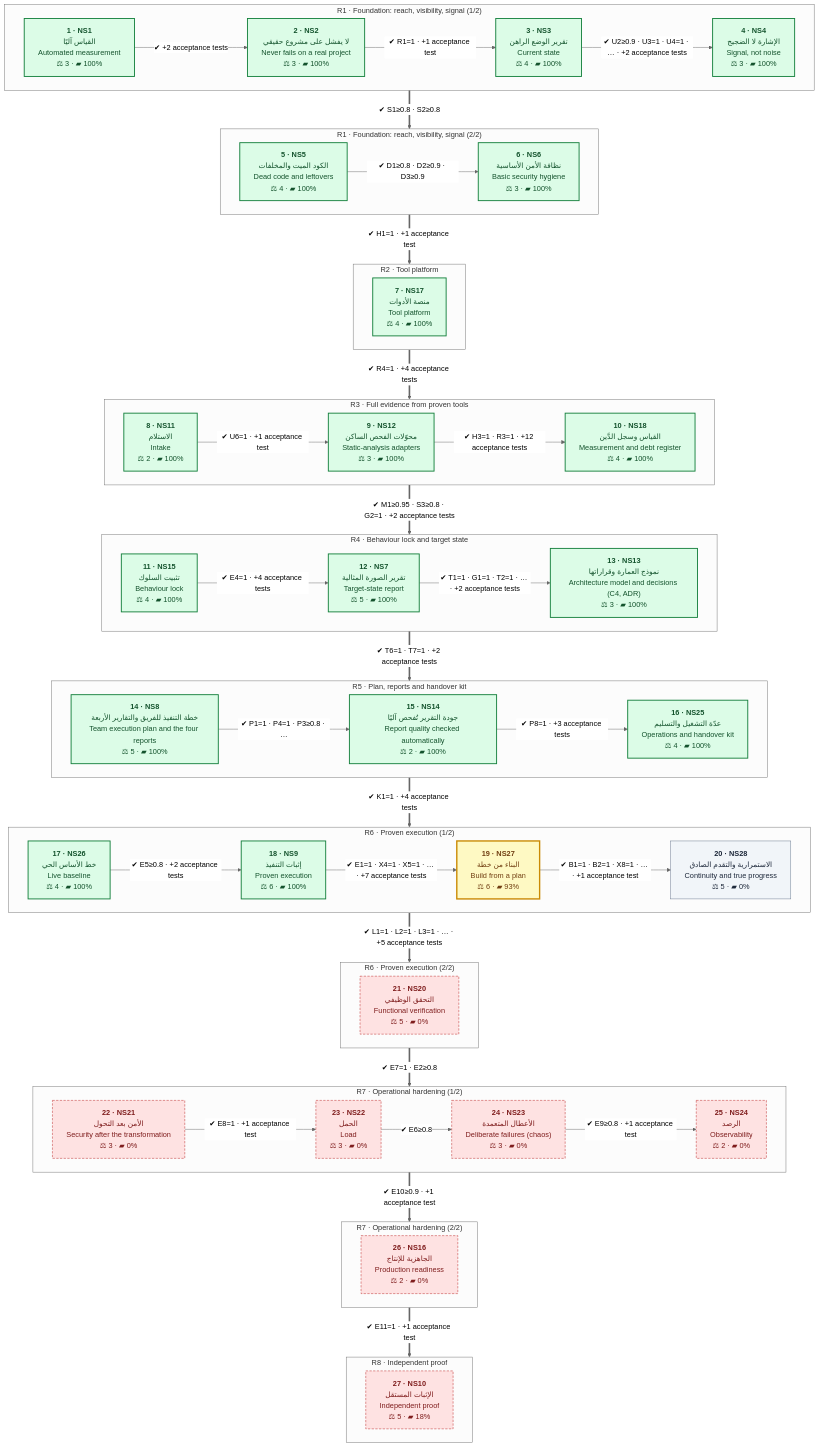
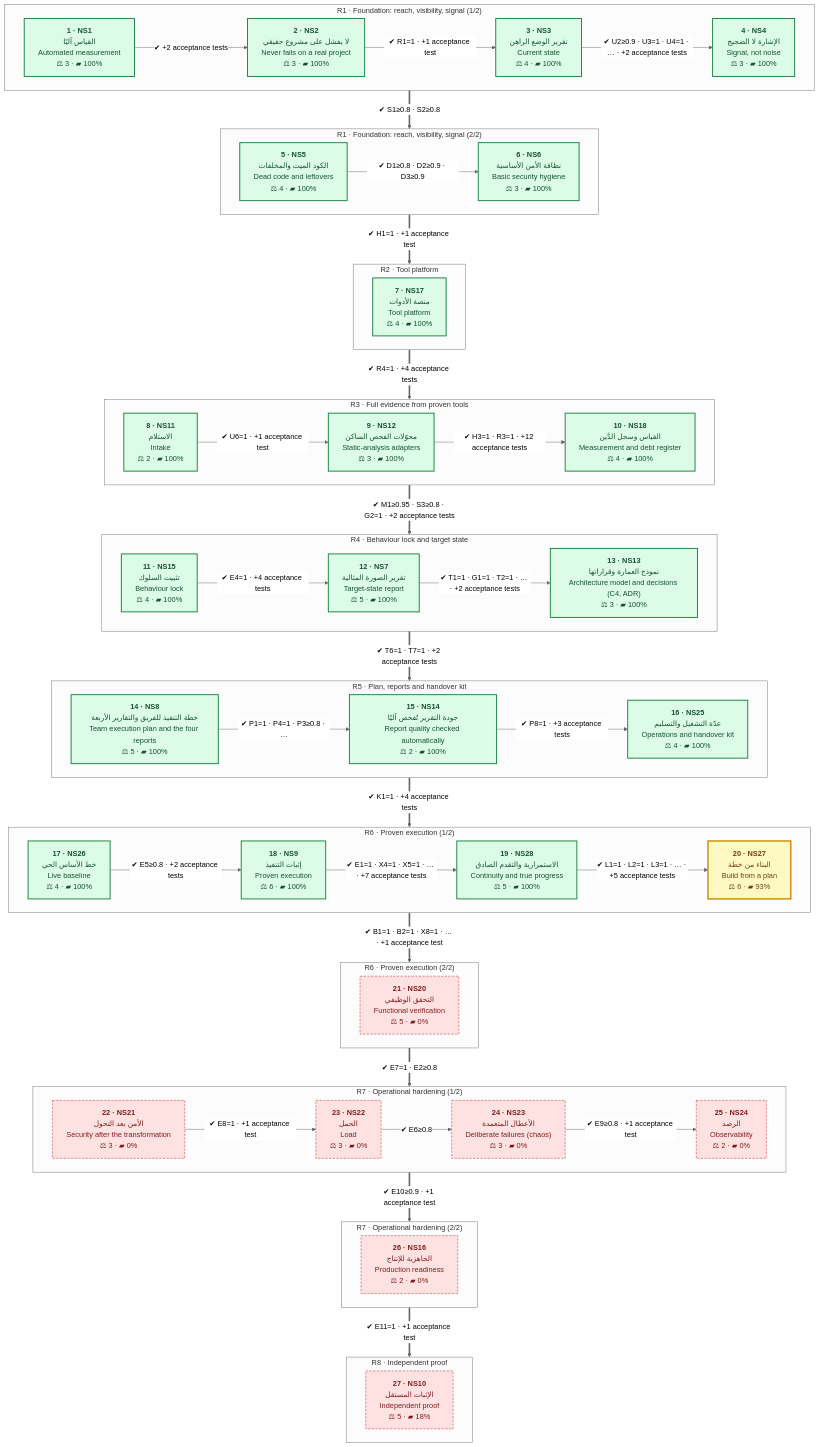
Before and after one commit to eom1417/engineering-audit-os: the second of 2 diagrams in README.en.md, drawn with Mermaid (neutral theme). The commit also changed other lines of this file and 3 other files, not shown here.

Commit message:
NS28 done (T1-T9): L1-L6 = 1.0 from the real trials (Codex cut mid-batch, Claude Code went on from 'continue' alone; chief-ops open on main with its work on a branch), X8 = X10 = 1.0; NS28 ordered before NS27, whose last task is the owner's trial. Progress 77.5/100

```diff
--- a/README.en.md
+++ b/README.en.md
@@ -297,11 +295,11 @@
         direction LR
         NS26["<b>17 · NS26</b><br/>خط الأساس الحي<br/>Live baseline<br/>⚖ 4 · ▰ 100%"]:::done
         NS9["<b>18 · NS9</b><br/>إثبات التنفيذ<br/>Proven execution<br/>⚖ 6 · ▰ 100%"]:::done
-        NS27["<b>19 · NS27</b><br/>البناء من خطة<br/>Build from a plan<br/>⚖ 6 · ▰ 93%"]:::current
-        NS28["<b>20 · NS28</b><br/>الاستمرارية والتقدم الصادق<br/>Continuity and true progress<br/>⚖ 5 · ▰ 0%"]:::next
+        NS28["<b>19 · NS28</b><br/>الاستمرارية والتقدم الصادق<br/>Continuity and true progress<br/>⚖ 5 · ▰ 100%"]:::done
+        NS27["<b>20 · NS27</b><br/>البناء من خطة<br/>Build from a plan<br/>⚖ 6 · ▰ 93%"]:::current
         NS26 -->|"✔ E5≥0.8 · +2 acceptance tests"| NS9
-        NS9 -->|"✔ E1=1 · X4=1 · X5=1 · … · +7 acceptance tests"| NS27
-        NS27 -->|"✔ B1=1 · B2=1 · X8=1 · … · +1 acceptance test"| NS28
+        NS9 -->|"✔ E1=1 · X4=1 · X5=1 · … · +7 acceptance tests"| NS28
+        NS28 -->|"✔ L1=1 · L2=1 · L3=1 · … · +5 acceptance tests"| NS27
     end
     subgraph R6_2["R6 · Proven execution (2/2)"]
         direction LR
@@ -331,7 +329,7 @@
     R3_1 ==>|"✔ M1≥0.95 · S3≥0.8 · G2=1 · +2 acceptance tests"| R4_1
     R4_1 ==>|"✔ T6=1 · T7=1 · +2 acceptance tests"| R5_1
     R5_1 ==>|"✔ K1=1 · +4 acceptance tests"| R6_1
-    R6_1 ==>|"✔ L1=1 · L2=1 · L3=1 · … · +5 acceptance tests"| R6_2
+    R6_1 ==>|"✔ B1=1 · B2=1 · X8=1 · … · +1 acceptance test"| R6_2
     R6_2 ==>|"✔ E7=1 · E2≥0.8"| R7_1
     R7_1 ==>|"✔ E10≥0.9 · +1 acceptance test"| R7_2
     R7_2 ==>|"✔ E11=1 · +1 acceptance test"| R8_1
```
